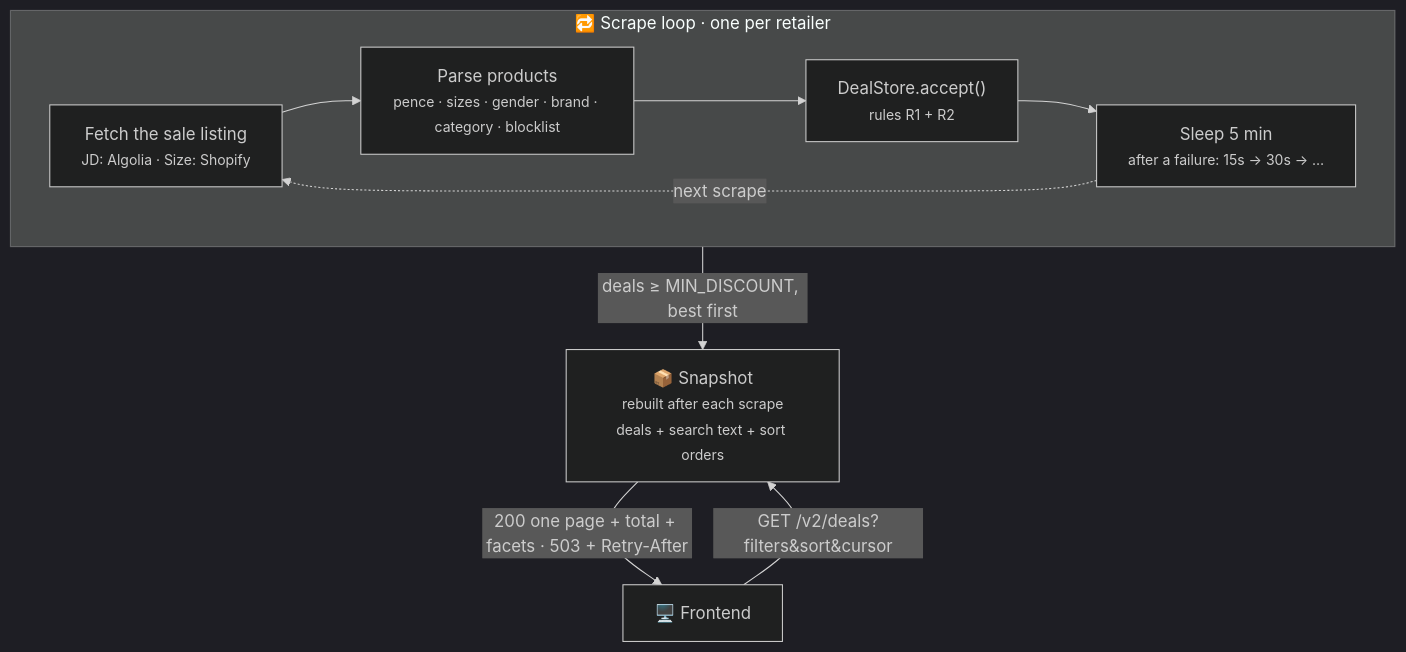
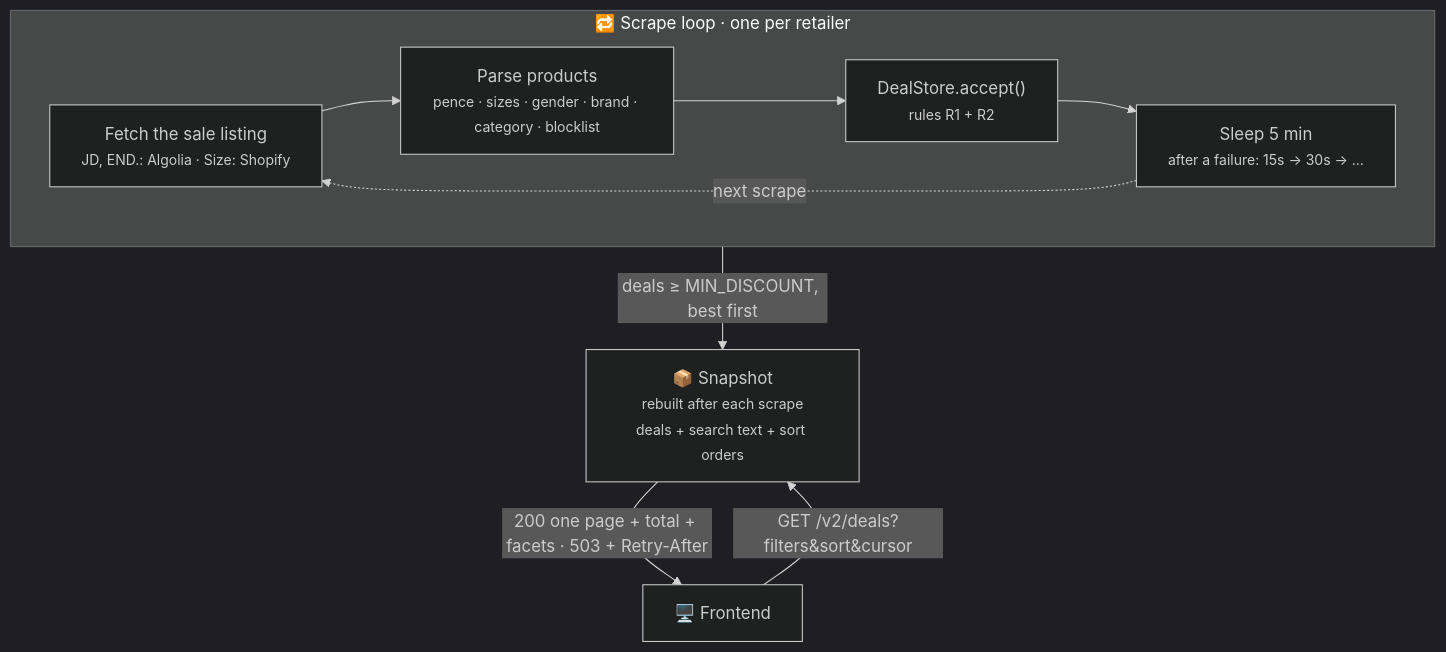
Before and after one commit to JahanU/bargain-web-scraper: the first of 2 diagrams in backend/README.md, drawn with Mermaid (dark theme). The commit also changed other lines of this file and 3 other files, not shown here.

````diff
--- a/backend/README.md
+++ b/backend/README.md
@@ -7,19 +7,19 @@
 ```mermaid
 flowchart TB
     subgraph loop["🔁 Scrape loop · one per retailer"]
         direction LR
-        fetch["Fetch the sale listing<br/><small>JD: Algolia · Size: Shopify</small>"]
+        fetch["Fetch the sale listing<br/><small>JD, END.: Algolia · Size: Shopify</small>"]
         parse["Parse products<br/><small>pence · sizes · gender · brand · category · blocklist</small>"]
         accept["DealStore.accept()<br/><small>rules R1 + R2</small>"]
         wait["Sleep 5 min<br/><small>after a failure: 15s → 30s → …</small>"]
         fetch --> parse --> accept --> wait
         wait -. next scrape .-> fetch
     end
 
     built["📦 Snapshot<br/><small>rebuilt after each scrape<br/>deals + search text + sort orders</small>"]
     client["🖥️ Frontend"]
 
     accept -- "deals ≥ MIN_DISCOUNT, best first" --> built
     client -- "GET /v2/deals?filters&sort&cursor" --> built
     built -- "200 one page + total + facets · 503 + Retry-After" --> client
 ```
````
